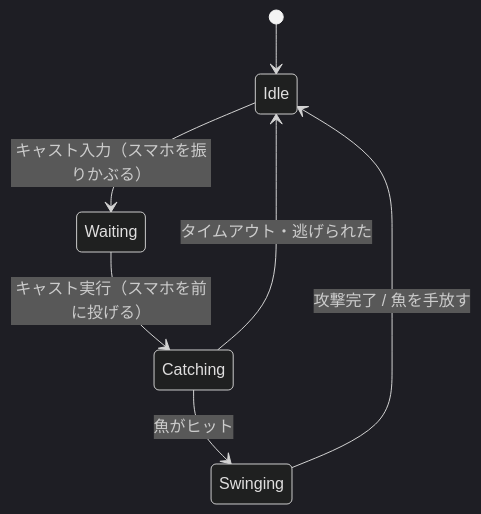
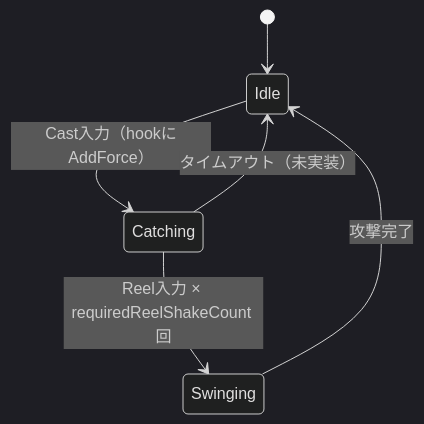
The second of 2 diagrams in docs/04_ClassDiagram.md (guriguri00451/alounity), drawn with Mermaid (dark theme) before and after one commit. The commit also changed other lines of this file and 3 other files, not shown here.

````diff
--- a/docs/04_ClassDiagram.md
+++ b/docs/04_ClassDiagram.md
@@ -59,10 +85,9 @@
 ```mermaid
 stateDiagram-v2
     [*] --> Idle
 
-    Idle --> Waiting : キャスト入力（スマホを振りかぶる）
-    Waiting --> Catching : キャスト実行（スマホを前に投げる）
-    Catching --> Swinging : 魚がヒット
-    Catching --> Idle : タイムアウト・逃げられた
-    Swinging --> Idle : 攻撃完了 / 魚を手放す
+    Idle --> Catching : Cast入力（hookにAddForce）
+    Catching --> Swinging : Reel入力 × requiredReelShakeCount 回
+    Swinging --> Idle : 攻撃完了
+    Catching --> Idle : タイムアウト（未実装）
 ```
````
